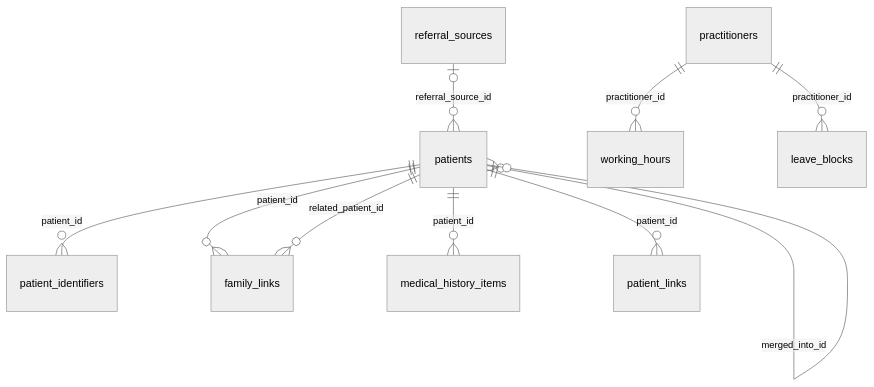
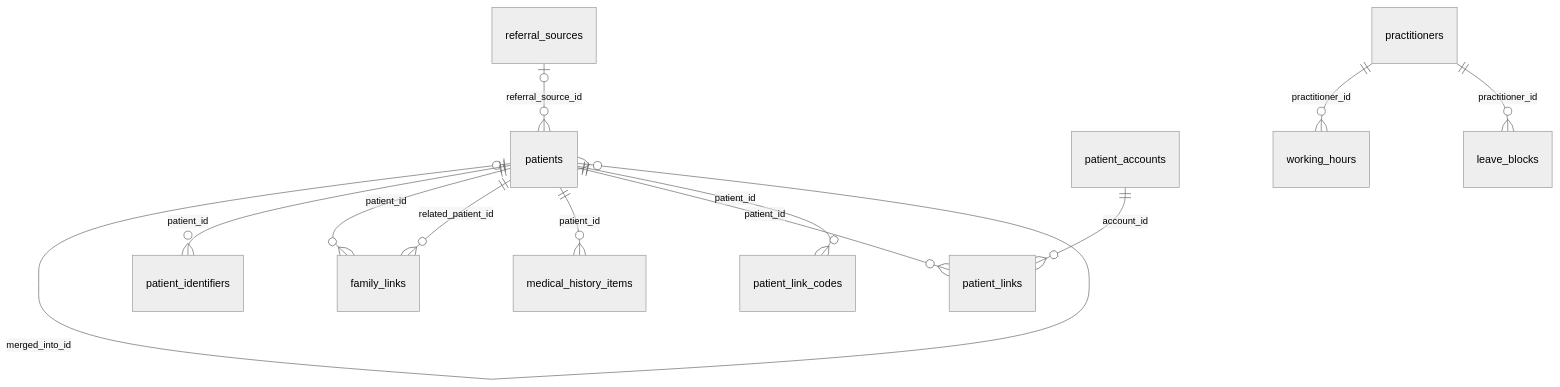
One commit to sakalyatechnologies/aarogyam changed the fifth of 13 diagrams in docs/database.md. Above: the diagram before and after it, drawn with Mermaid (neutral theme). The commit also changed other lines of this file and 57 other files, not shown here.

First line of the commit message:
feat(api): patient accounts, verified clinic links and the patient API

````diff
--- a/docs/database.md
+++ b/docs/database.md
@@ -793,13 +792,15 @@
 ```mermaid
 erDiagram
   referral_sources |o--o{ patients : "referral_source_id"
   patients |o--o{ patients : "referred_by_patient_id"
   patients |o--o{ patients : "merged_into_id"
   patients ||--o{ patient_identifiers : "patient_id"
   patients ||--o{ family_links : "patient_id"
   patients ||--o{ family_links : "related_patient_id"
   patients ||--o{ medical_history_items : "patient_id"
   patients ||--o{ patient_links : "patient_id"
+  patient_accounts ||--o{ patient_links : "account_id"
+  patients ||--o{ patient_link_codes : "patient_id"
   practitioners ||--o{ working_hours : "practitioner_id"
   practitioners ||--o{ leave_blocks : "practitioner_id"
 ```
````
